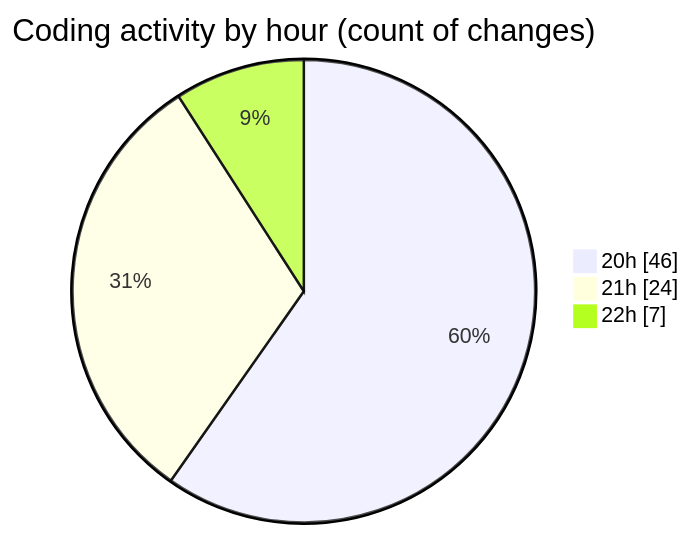
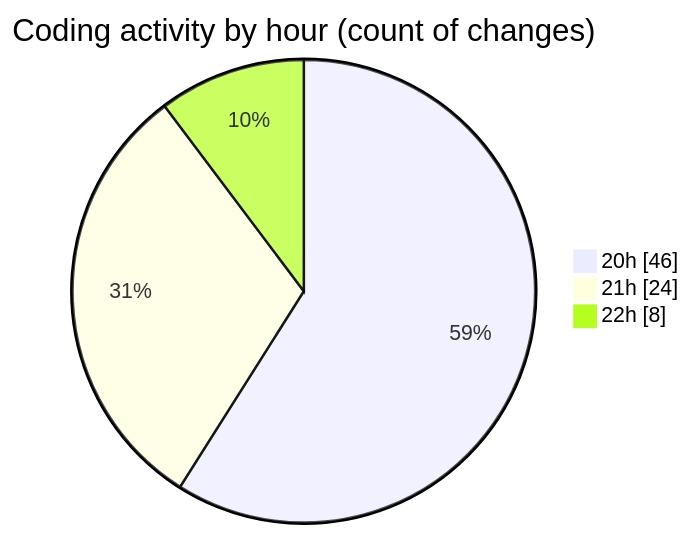
The second of 2 diagrams in 2025-10-29/skintrack/README.md (Netris89/code-tracking), drawn with Mermaid before and after one commit. The commit also changed other lines of this file and 1 other file, not shown here.

````diff
--- a/2025-10-29/skintrack/README.md
+++ b/2025-10-29/skintrack/README.md
@@ -45,7 +45,7 @@
 ```mermaid
 pie showData
 title Coding activity by hour (count of changes)
 "20h" : 46
 "21h" : 24
-"22h" : 7
+"22h" : 8
 ```
````
